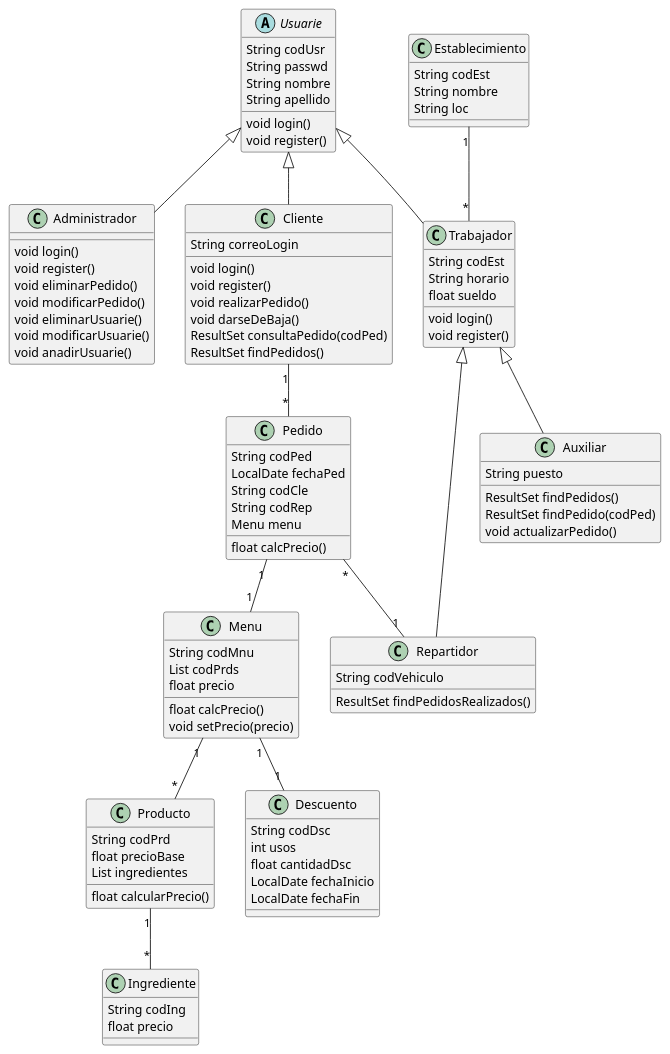
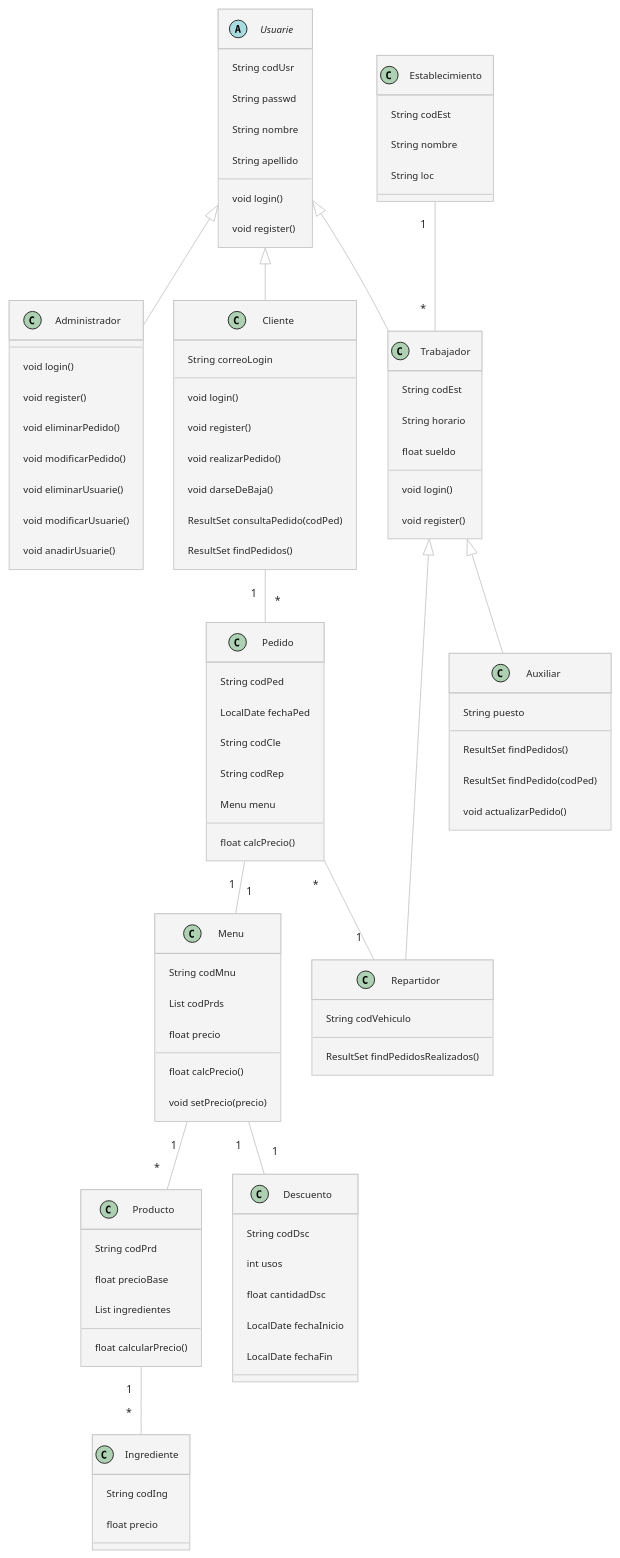
Before and after one commit to optickx/ClientReto1: the diagram in uml/sample.puml, drawn with PlantUML. The commit also changed 1 other file, not shown here.

Commit message:
diagrams are looking nice :)

```diff
--- a/uml/sample.puml
+++ b/uml/sample.puml
@@ -1,112 +1,113 @@
-@startuml
+@startuml sample
+!theme carbon-gray
 
 abstract class Usuarie {
     String codUsr
     String passwd
     String nombre
     String apellido
     void login()
     void register()
 }
 class Administrador {
     void login()
     void register()
     void eliminarPedido()
     void modificarPedido()
     void eliminarUsuarie()
     void modificarUsuarie()
     void anadirUsuarie()
 }
 
 class Cliente {
     String correoLogin
     void login()
     void register()
     void realizarPedido()
     void darseDeBaja()
     ResultSet consultaPedido(codPed)
     ResultSet findPedidos()
 }
 
 class Trabajador {
     String codEst
     String horario
     float sueldo
     void login()
     void register()
 }
 
 class Repartidor {
     String codVehiculo
     ResultSet findPedidosRealizados()
 }
 
 class Auxiliar {
     String puesto
     ResultSet findPedidos()
     ResultSet findPedido(codPed)
     void actualizarPedido()
 }
 
 class Establecimiento {
     String codEst
     String nombre
     String loc
 }
 
 class Pedido {
     String codPed
     LocalDate fechaPed
     String codCle
     String codRep
     Menu menu
     float calcPrecio()
 }
 
 class Producto {
     String codPrd
     float precioBase
     List ingredientes
     float calcularPrecio()
 }
 
 class Ingrediente {
     String codIng
     float precio
 }
 
 class Menu {
     String codMnu
     List codPrds
     float precio
     float calcPrecio()
     void setPrecio(precio)
 }
 
 class Descuento {
     String codDsc
     int usos
     float cantidadDsc
     LocalDate fechaInicio
     LocalDate fechaFin
 }
 
 Usuarie <|-- Administrador
 Usuarie <|-- Cliente
 Usuarie <|-- Trabajador
 
 Trabajador <|-- Auxiliar
 Trabajador <|-- Repartidor
 
 Establecimiento "1" -- "*" Trabajador
 
-Cliente "1" -down- "*" Pedido
+Cliente "1" -- "*" Pedido
 Pedido "1" -- "1" Menu
 Menu "1" -- "*" Producto
 Producto "1" -- "*" Ingrediente
 
 Pedido "*" -- "1" Repartidor
 
 Menu "1" -- "1" Descuento
 
 @enduml
```
